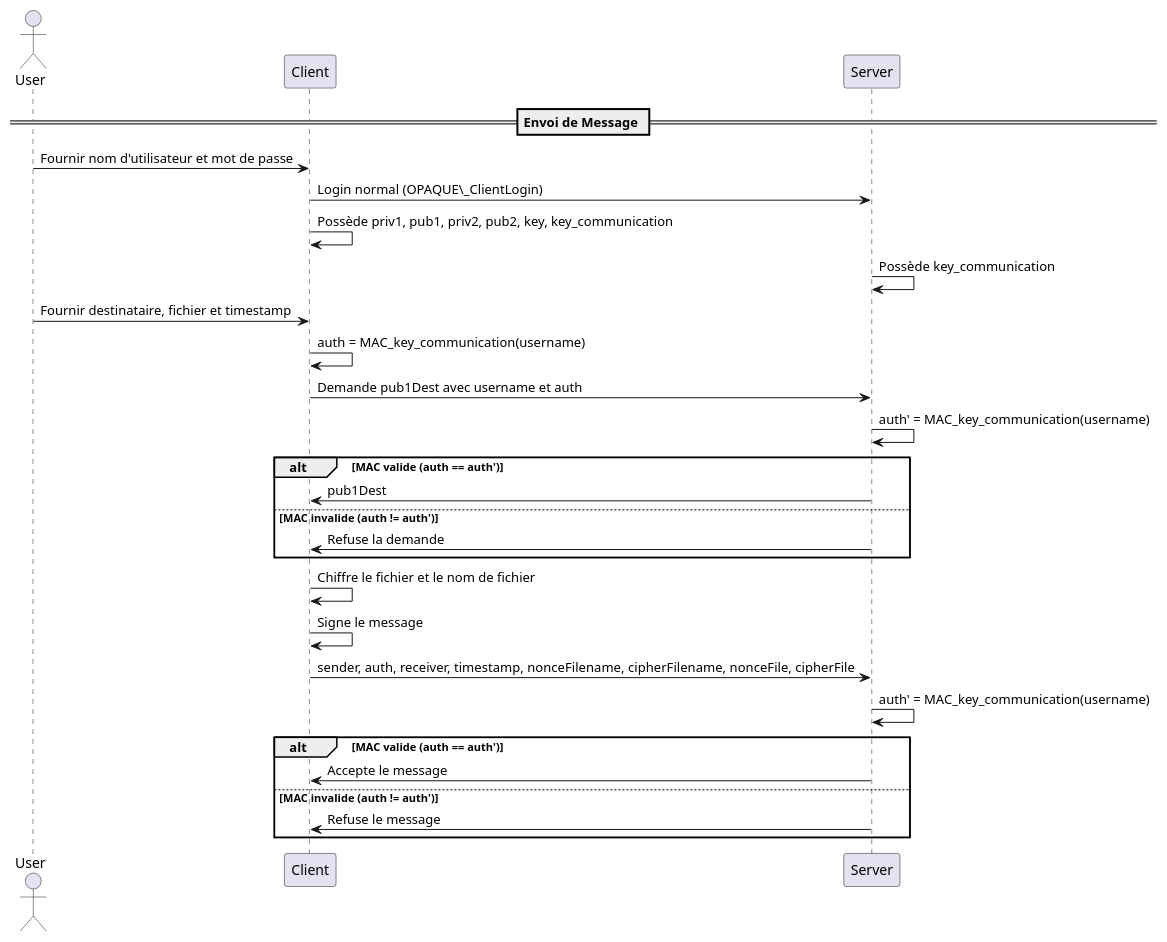
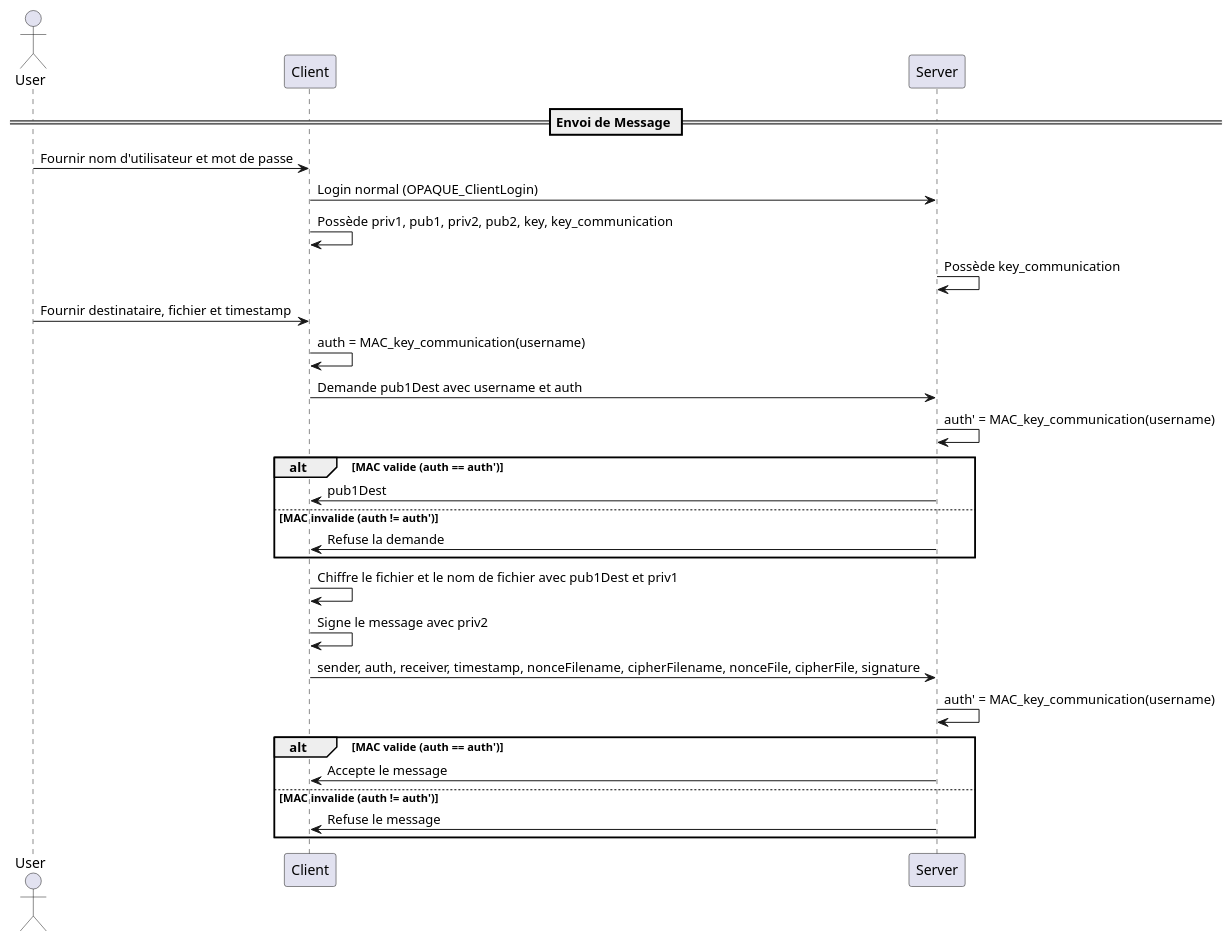
One commit to JustinFerrara14/CAA-Project changed the diagram in uml/sendMessage.puml. Above: the diagram before and after it, drawn with PlantUML. The commit also changed 12 other files, not shown here.

```diff
--- a/uml/sendMessage.puml
+++ b/uml/sendMessage.puml
@@ -1,37 +1,37 @@
 @startuml
 actor User
 participant Client
 participant Server
 
 == Envoi de Message ==
 User -> Client: Fournir nom d'utilisateur et mot de passe
 
-Client -> Server: Login normal (OPAQUE\_ClientLogin)
+Client -> Server: Login normal (OPAQUE_ClientLogin)
 Client -> Client: Possède priv1, pub1, priv2, pub2, key, key_communication
 Server -> Server: Possède key_communication
 
 User -> Client: Fournir destinataire, fichier et timestamp
 
 Client -> Client: auth = MAC_key_communication(username)
 
 Client -> Server: Demande pub1Dest avec username et auth
 Server -> Server: auth' = MAC_key_communication(username)
 alt MAC valide (auth == auth')
     Server -> Client: pub1Dest
 else MAC invalide (auth != auth')
     Server -> Client: Refuse la demande
 end
 
-Client -> Client: Chiffre le fichier et le nom de fichier
+Client -> Client: Chiffre le fichier et le nom de fichier avec pub1Dest et priv1
 
-Client -> Client: Signe le message
+Client -> Client: Signe le message avec priv2
 
-Client -> Server: sender, auth, receiver, timestamp, nonceFilename, cipherFilename, nonceFile, cipherFile
+Client -> Server: sender, auth, receiver, timestamp, nonceFilename, cipherFilename, nonceFile, cipherFile, signature
 
 Server -> Server: auth' = MAC_key_communication(username)
 alt MAC valide (auth == auth')
     Server -> Client: Accepte le message
 else MAC invalide (auth != auth')
     Server -> Client: Refuse le message
 end
 @enduml
```
